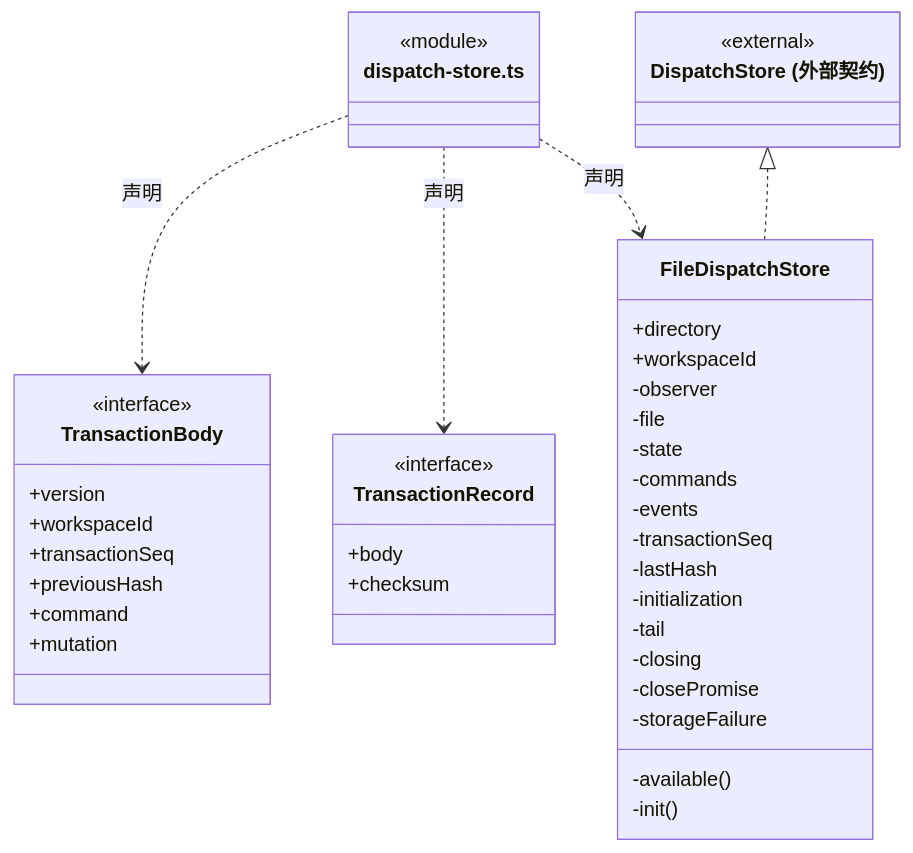
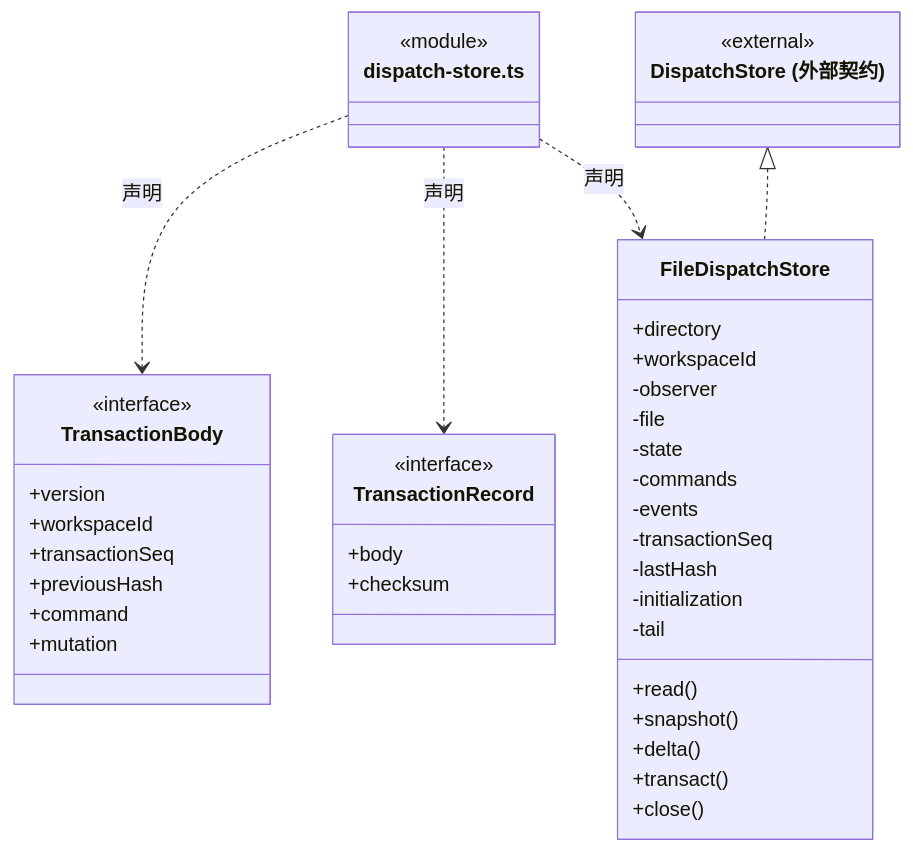
Before and after one commit to nan023062/cbim: the fourth of 8 diagrams in src/backend/main/persistence/tasks/ARCHITECTURE.md, drawn with Mermaid. The commit also changed other lines of this file and 240 other files, not shown here.

````diff
--- a/src/backend/main/persistence/tasks/ARCHITECTURE.md
+++ b/src/backend/main/persistence/tasks/ARCHITECTURE.md
@@ -45,45 +81,45 @@
 ```mermaid
 classDiagram
 class N_src_backend_main_persistence_tasks_dispatch_store_ts["dispatch-store.ts"] {
   <<module>>
 }
 class N_src_backend_main_persistence_tasks_dispatch_store_ts_TransactionBody["TransactionBody"] {
   <<interface>>
   +version
   +workspaceId
   +transactionSeq
   +previousHash
   +command
   +mutation
 }
 N_src_backend_main_persistence_tasks_dispatch_store_ts ..> N_src_backend_main_persistence_tasks_dispatch_store_ts_TransactionBody : 声明
 class N_src_backend_main_persistence_tasks_dispatch_store_ts_TransactionRecord["TransactionRecord"] {
   <<interface>>
   +body
   +checksum
 }
 N_src_backend_main_persistence_tasks_dispatch_store_ts ..> N_src_backend_main_persistence_tasks_dispatch_store_ts_TransactionRecord : 声明
 class N_src_backend_main_persistence_tasks_dispatch_store_ts_FileDispatchStore["FileDispatchStore"] {
   +directory
   +workspaceId
+  +read()
+  +snapshot()
+  +delta()
+  +transact()
+  +close()
   -observer
   -file
   -state
   -commands
   -events
   -transactionSeq
   -lastHash
   -initialization
   -tail
-  -closing
-  -closePromise
-  -storageFailure
-  -available()
-  -init()
 }
 N_src_backend_main_persistence_tasks_dispatch_store_ts ..> N_src_backend_main_persistence_tasks_dispatch_store_ts_FileDispatchStore : 声明
 class N_src_backend_main_persistence_tasks_dispatch_store_ts_external_DispatchStore["DispatchStore (外部契约)"] {
   <<external>>
 }
 N_src_backend_main_persistence_tasks_dispatch_store_ts_external_DispatchStore <|.. N_src_backend_main_persistence_tasks_dispatch_store_ts_FileDispatchStore
 ```
````
